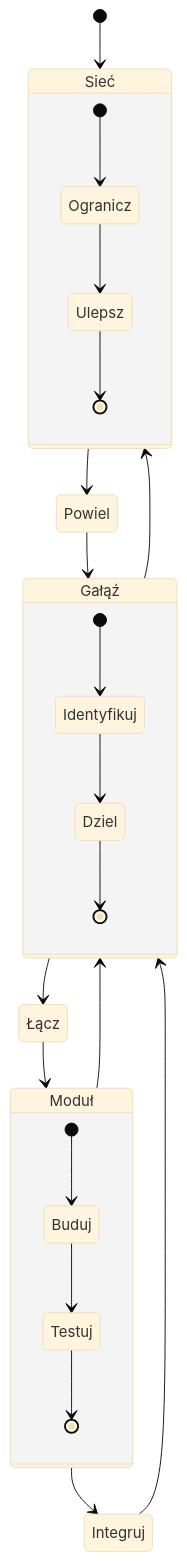
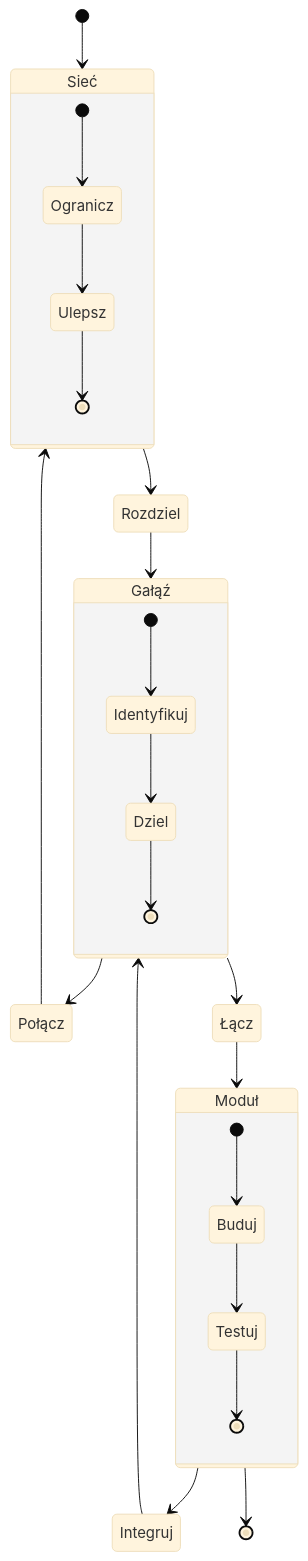
The ninth of 12 diagrams in README.md (hipermodularyzacja/prezentacja), drawn with Mermaid (base theme) before and after one commit. The commit also changed other lines of this file, not shown here.

````diff
--- a/README.md
+++ b/README.md
@@ -879,30 +884,35 @@
 ```mermaid
 stateDiagram    
     [*] --> Sieć
-    Gałąź --> Sieć    
+   
+    Rozdziel --> Gałąź    
+    Sieć --> Rozdziel
+    
+    Gałąź --> Połącz
+    Połącz --> Sieć
+
+    Łącz --> Moduł
     Moduł --> Integruj
     Integruj --> Gałąź
-    Sieć --> Powiel
-    Powiel --> Gałąź
-    Łącz --> Moduł
-    Moduł --> Gałąź
     Gałąź --> Łącz
+    Moduł --> [*]
+
 
     state Sieć {
         [*] --> Ogranicz
         Ogranicz --> Ulepsz
         Ulepsz --> [*]
     }
 
     state Gałąź {
         [*] --> Identyfikuj
         Identyfikuj --> Dziel
         Dziel --> [*]
     }
 
     state Moduł {
         [*] --> Buduj
         Buduj --> Testuj    
         Testuj --> [*]        
     }
 ```
````
